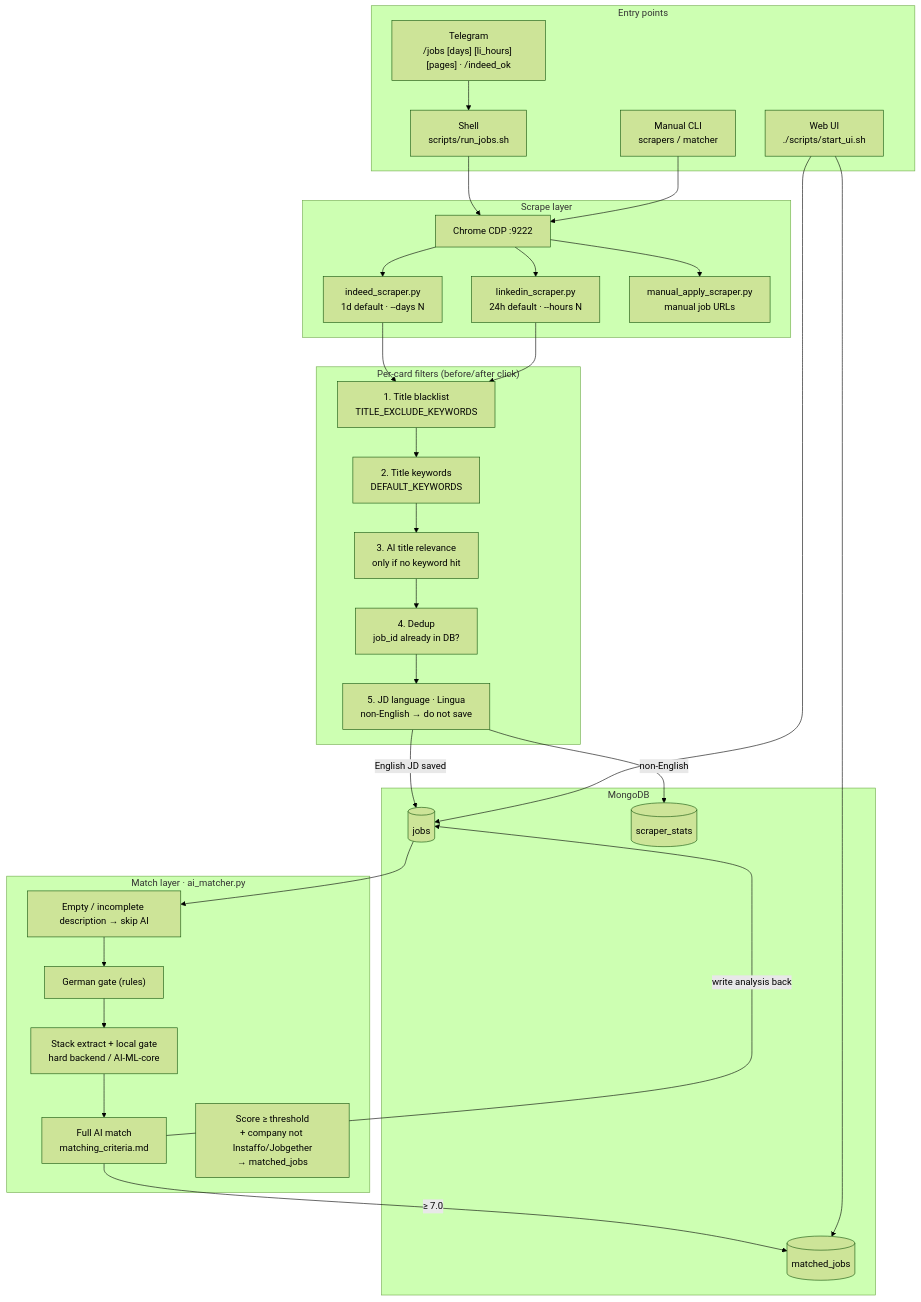
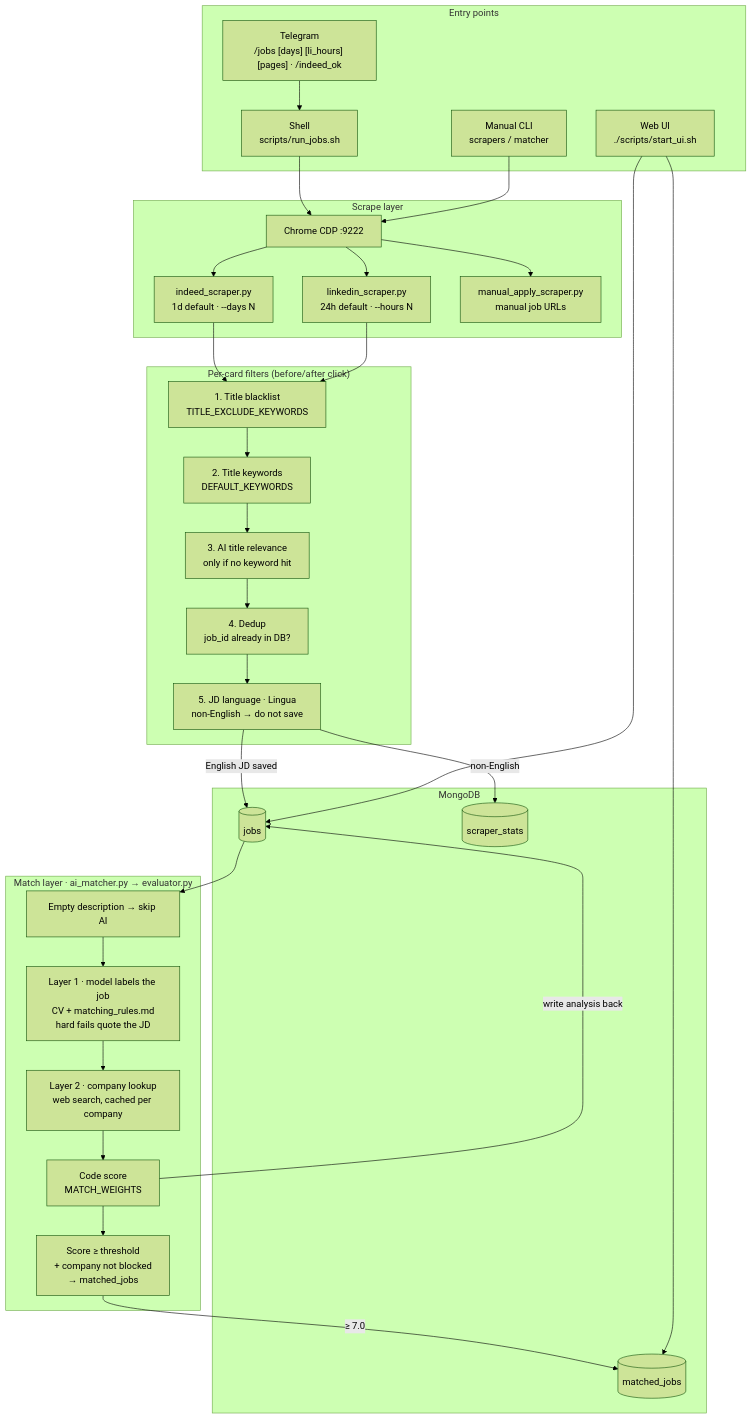
The first of 4 diagrams in docs/architecture.md (JialiNong/job_scraper), drawn with Mermaid (forest theme) before and after one commit. The commit also changed other lines of this file and 27 other files, not shown here.

First line of the commit message:
feat: replace rule-heavy matcher with model labels + code scoring

````diff
--- a/docs/architecture.md
+++ b/docs/architecture.md
@@ -11,53 +11,53 @@
 ```mermaid
 flowchart TB
     subgraph Triggers["Entry points"]
         T1["Telegram<br/>/jobs [days] [li_hours] [pages] · /indeed_ok"]
         T2["Shell<br/>scripts/run_jobs.sh"]
         T4["Web UI<br/>./scripts/start_ui.sh"]
         T5["Manual CLI<br/>scrapers / matcher"]
     end
 
     subgraph Scrape["Scrape layer"]
         Chrome["Chrome CDP :9222"]
         Indeed["indeed_scraper.py<br/>1d default · --days N"]
         LI["linkedin_scraper.py<br/>24h default · --hours N"]
         Manual["manual_apply_scraper.py<br/>manual job URLs"]
     end
 
     subgraph Filters["Per-card filters (before/after click)"]
         F1["1. Title blacklist<br/>TITLE_EXCLUDE_KEYWORDS"]
         F2["2. Title keywords<br/>DEFAULT_KEYWORDS"]
         F3["3. AI title relevance<br/>only if no keyword hit"]
         F4["4. Dedup<br/>job_id already in DB?"]
         F5["5. JD language · Lingua<br/>non-English → do not save"]
     end
 
     subgraph Store["MongoDB"]
         Jobs[("jobs")]
         Matched[("matched_jobs")]
         Stats[("scraper_stats")]
     end
 
-    subgraph Match["Match layer · ai_matcher.py"]
-        M0["Empty / incomplete description → skip AI"]
-        M1["German gate (rules)"]
-        M1b["Stack extract + local gate<br/>hard backend / AI-ML-core"]
-        M2["Full AI match<br/>matching_criteria.md"]
-        M3["Score ≥ threshold<br/>+ company not Instaffo/Jobgether<br/>→ matched_jobs"]
+    subgraph Match["Match layer · ai_matcher.py → evaluator.py"]
+        M0["Empty description → skip AI"]
+        M1["Layer 1 · model labels the job<br/>CV + matching_rules.md<br/>hard fails quote the JD"]
+        M1b["Layer 2 · company lookup<br/>web search, cached per company"]
+        M2["Code score<br/>MATCH_WEIGHTS"]
+        M3["Score ≥ threshold<br/>+ company not blocked<br/>→ matched_jobs"]
     end
 
     T1 --> T2
     T2 --> Chrome
     T5 --> Chrome
     Chrome --> Indeed & LI & Manual
 
     Indeed & LI --> F1 --> F2 --> F3 --> F4 --> F5
     F5 -->|English JD saved| Jobs
     F5 -->|non-English| Stats
 
-    Jobs --> M0 --> M1 --> M1b --> M2
-    M2 -->|≥ 7.0| Matched
+    Jobs --> M0 --> M1 --> M1b --> M2 --> M3
+    M3 -->|≥ 7.0| Matched
     M2 -->|write analysis back| Jobs
 
     T4 --> Matched & Jobs
 ```
````
